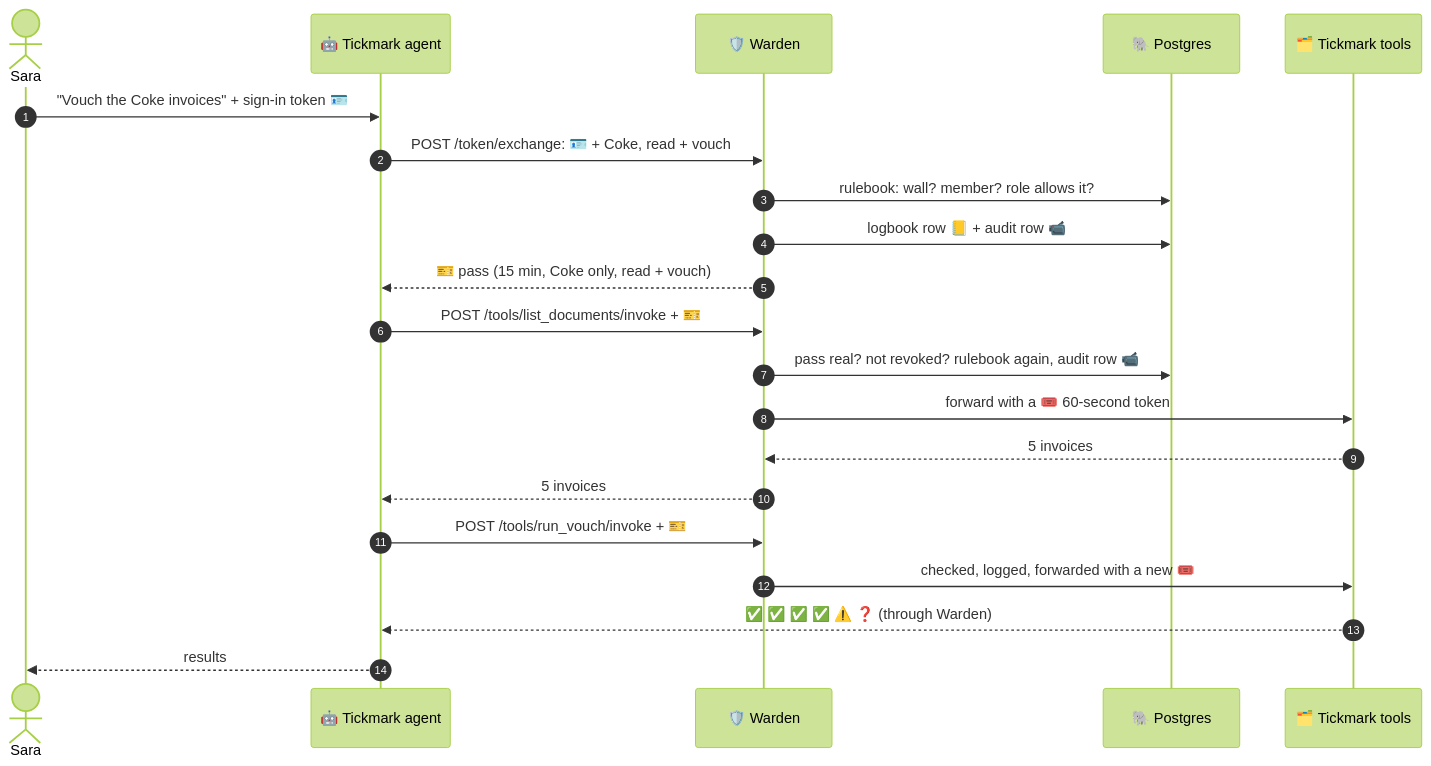
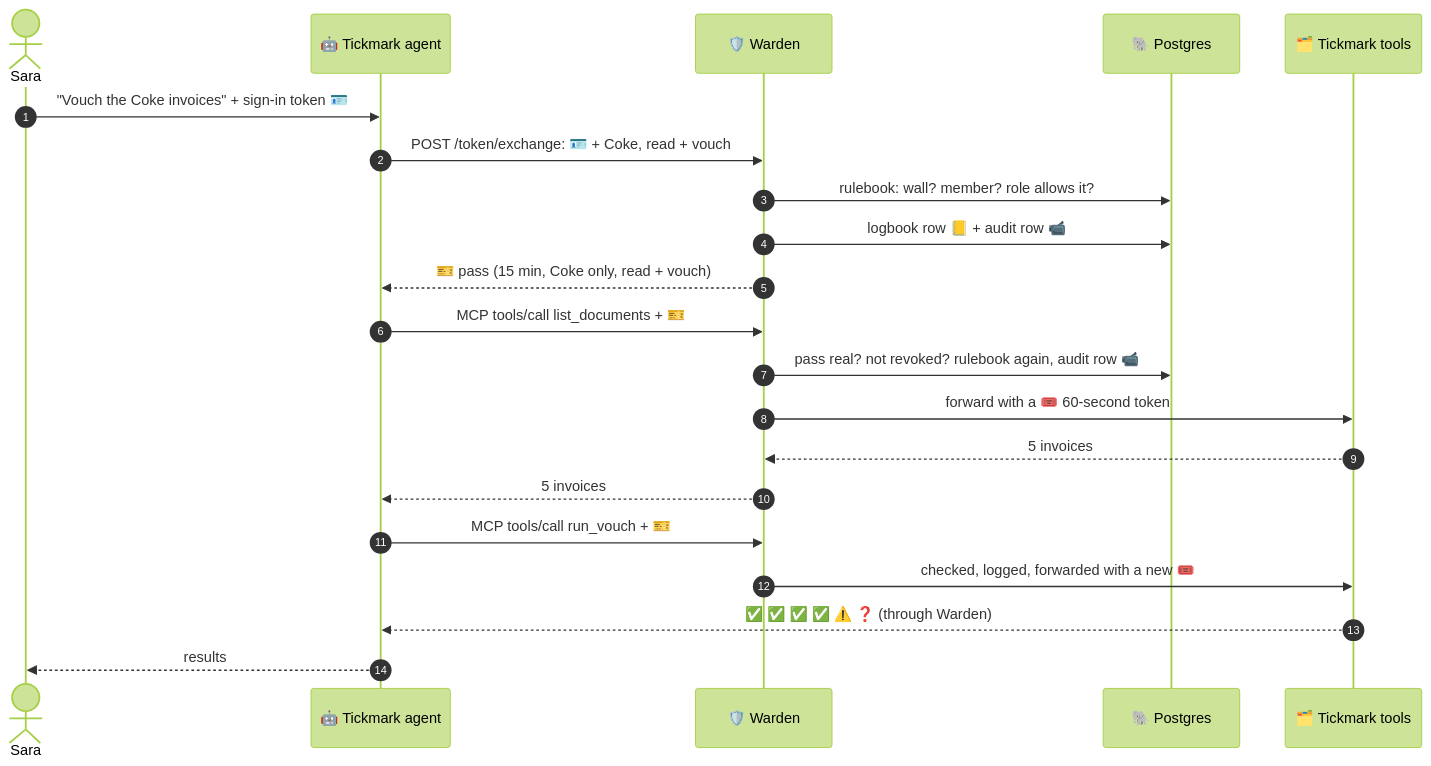
One commit to musishere/Warden-tickmark changed the fourth of 24 diagrams in warden/docs/how-it-works.md. Above: the diagram before and after it, drawn with Mermaid (forest theme). The commit also changed other lines of this file and 13 other files, not shown here.

````diff
--- a/warden/docs/how-it-works.md
+++ b/warden/docs/how-it-works.md
@@ -200,24 +200,24 @@
 ```mermaid
 sequenceDiagram
     autonumber
     actor Sara
     participant T as 🤖 Tickmark agent
     participant W as 🛡️ Warden
     participant DB as 🐘 Postgres
     participant K as 🗂️ Tickmark tools
 
     Sara->>T: "Vouch the Coke invoices" + sign-in token 🪪
     T->>W: POST /token/exchange: 🪪 + Coke, read + vouch
     W->>DB: rulebook: wall? member? role allows it?
     W->>DB: logbook row 📒 + audit row 📹
     W-->>T: 🎫 pass (15 min, Coke only, read + vouch)
-    T->>W: POST /tools/list_documents/invoke + 🎫
+    T->>W: MCP tools/call list_documents + 🎫
     W->>DB: pass real? not revoked? rulebook again, audit row 📹
     W->>K: forward with a 🎟️ 60-second token
     K-->>W: 5 invoices
     W-->>T: 5 invoices
-    T->>W: POST /tools/run_vouch/invoke + 🎫
+    T->>W: MCP tools/call run_vouch + 🎫
     W->>K: checked, logged, forwarded with a new 🎟️
     K-->>T: ✅ ✅ ✅ ✅ ⚠️ ❓ (through Warden)
     T-->>Sara: results
 ```
````
